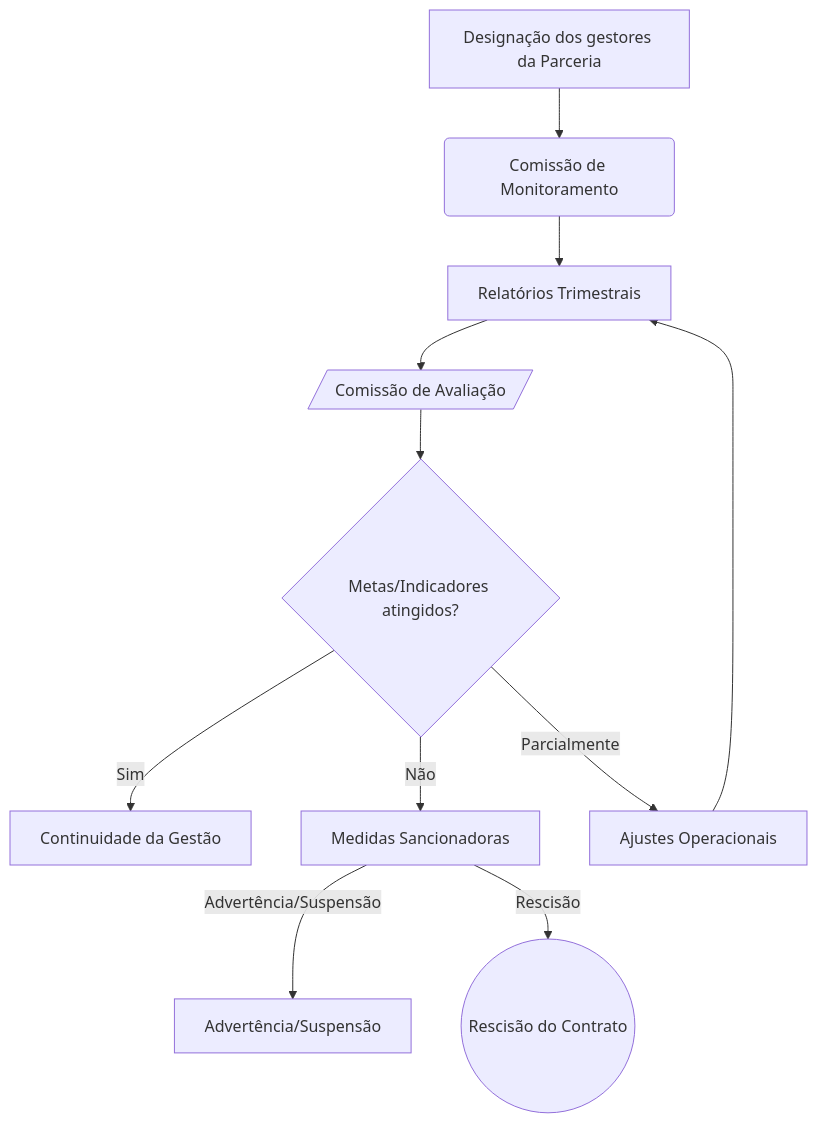
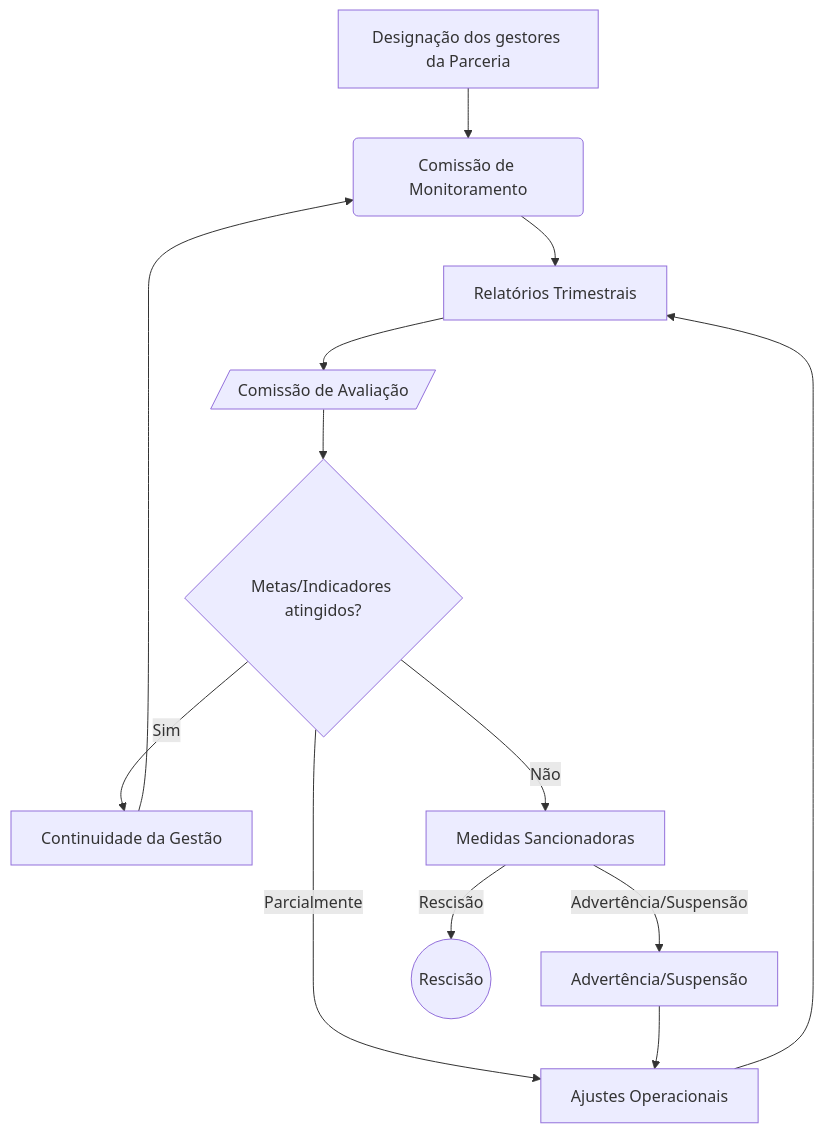
One commit to iepha-mg/manual.appi changed the diagram in paginas/marcos_regulatorios/descentralizacao/README.md. Above: the diagram before and after it, drawn with Mermaid.

```diff
--- a/paginas/marcos_regulatorios/descentralizacao/README.md
+++ b/paginas/marcos_regulatorios/descentralizacao/README.md
@@ -99,23 +99,25 @@
 <div class="mermaid">
 flowchart TB
     OS_GESTORES@{ shape: rect, label: "Designação dos gestores da Parceria" }
     OS_COM_MON@{ shape: rounded, label: "Comissão de Monitoramento" }
     OS_REL@{ shape: rect, label: "Relatórios Trimestrais" }
     OS_COM_AV@{ shape: lean-r, label: "Comissão de Avaliação" }
     OS_META@{ shape: diamond, label: "Metas/Indicadores atingidos?" }
     OS_CONT@{ shape: rect, label: "Continuidade da Gestão" }
     OS_SAN@{ shape: rect, label: "Medidas Sancionadoras" }
     OS_ADJ@{ shape: rect, label: "Ajustes Operacionais" }
     OS_SUS@{ shape: rect, label: "Advertência/Suspensão" }
-    OS_RES@{ shape: circle, label: "Rescisão do Contrato" }
+    OS_RES@{ shape: circle, label: "Rescisão" }
     OS_GESTORES --> OS_COM_MON
     OS_COM_MON --> OS_REL
     OS_REL --> OS_COM_AV
     OS_COM_AV --> OS_META
     OS_META -- Sim --> OS_CONT
+    OS_CONT --> OS_COM_MON
     OS_META -- Parcialmente --> OS_ADJ
     OS_ADJ --> OS_REL
     OS_META -- Não --> OS_SAN
     OS_SAN -- Advertência/Suspensão --> OS_SUS
+    OS_SUS --> OS_ADJ
     OS_SAN -- Rescisão --> OS_RES
 </div>
```
